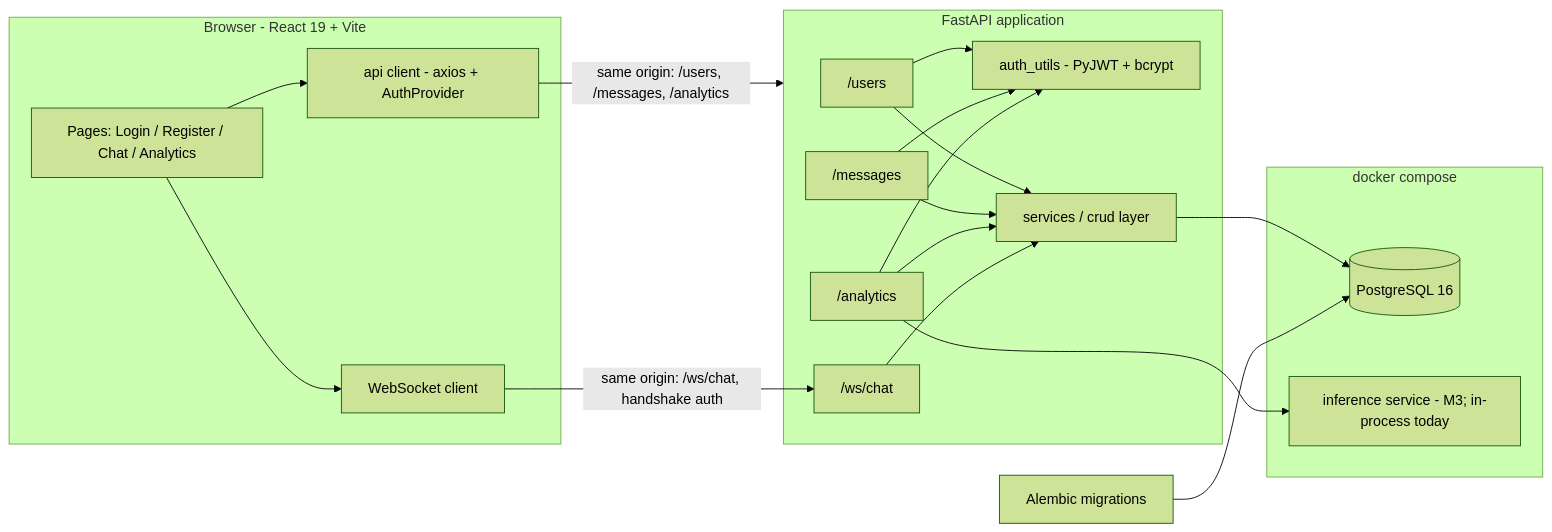
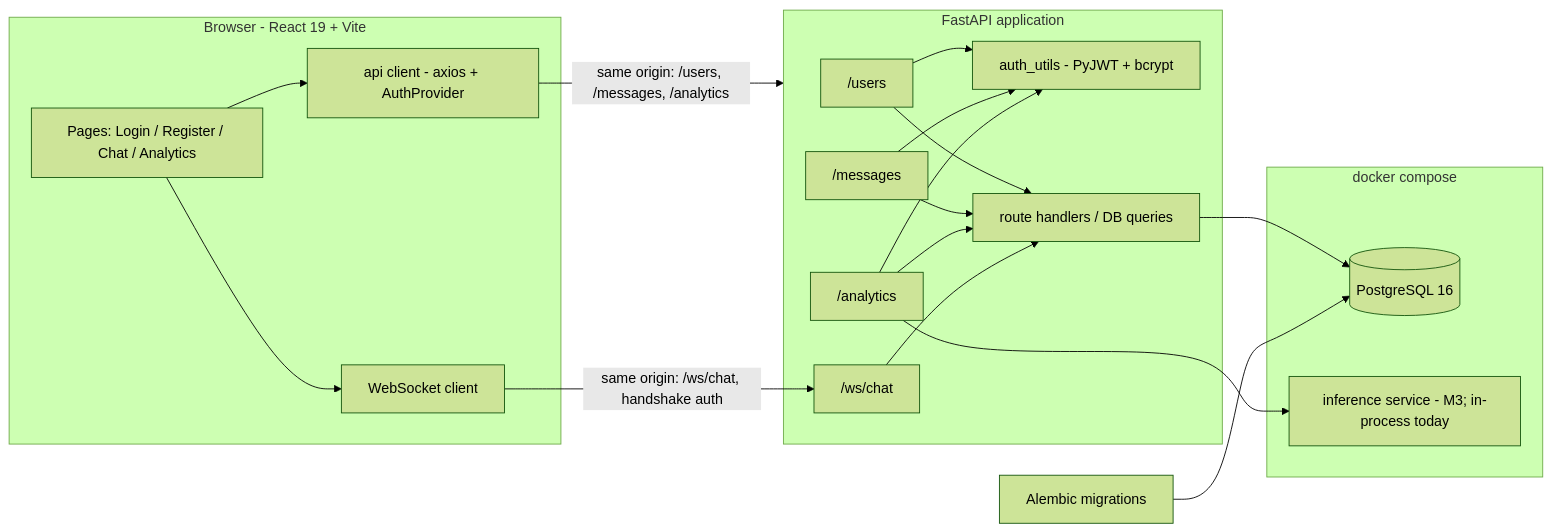
The diagram in README.md (zoyaumar/Chat-Analyzer-AI), drawn with Mermaid (forest theme) before and after one commit. The commit also changed other lines of this file and 5 other files, not shown here.

````diff
--- a/README.md
+++ b/README.md
@@ -96,39 +96,39 @@
 ```mermaid
 flowchart LR
     subgraph Browser["Browser - React 19 + Vite"]
         UI["Pages: Login / Register / Chat / Analytics"]
         CL["api client - axios + AuthProvider"]
         WSC["WebSocket client"]
     end
 
     subgraph API["FastAPI application"]
         R_USERS["/users"]
         R_MSG["/messages"]
         R_ANA["/analytics"]
         R_WS["/ws/chat"]
         AUTH["auth_utils - PyJWT + bcrypt"]
-        SVC["services / crud layer"]
+        ROUTES["route handlers / DB queries"]
     end
 
     subgraph Compose["docker compose"]
         DB[("PostgreSQL 16")]
         INF["inference service - M3; in-process today"]
     end
 
     ALEMBIC["Alembic migrations"]
 
     UI --> CL
     UI --> WSC
     CL -- "same origin: /users, /messages, /analytics" --> API
     WSC -- "same origin: /ws/chat, handshake auth" --> R_WS
     R_USERS --> AUTH
     R_MSG --> AUTH
     R_ANA --> AUTH
-    R_USERS --> SVC
-    R_MSG --> SVC
-    R_ANA --> SVC
-    SVC --> DB
-    R_WS --> SVC
+    R_USERS --> ROUTES
+    R_MSG --> ROUTES
+    R_ANA --> ROUTES
+    ROUTES --> DB
+    R_WS --> ROUTES
     R_ANA --> INF
     ALEMBIC --> DB
 ```
````
